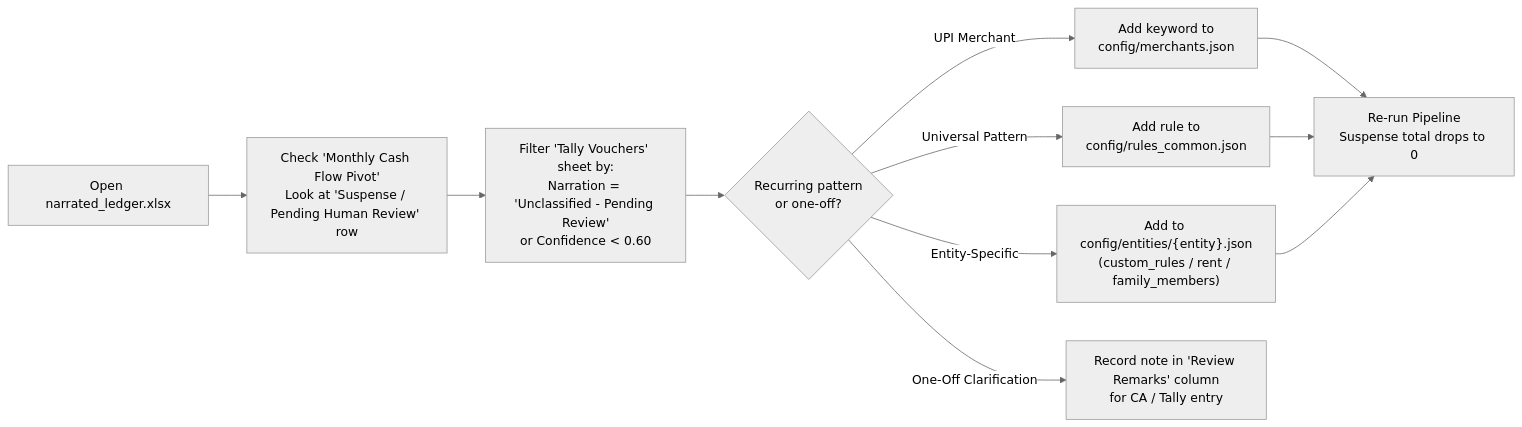
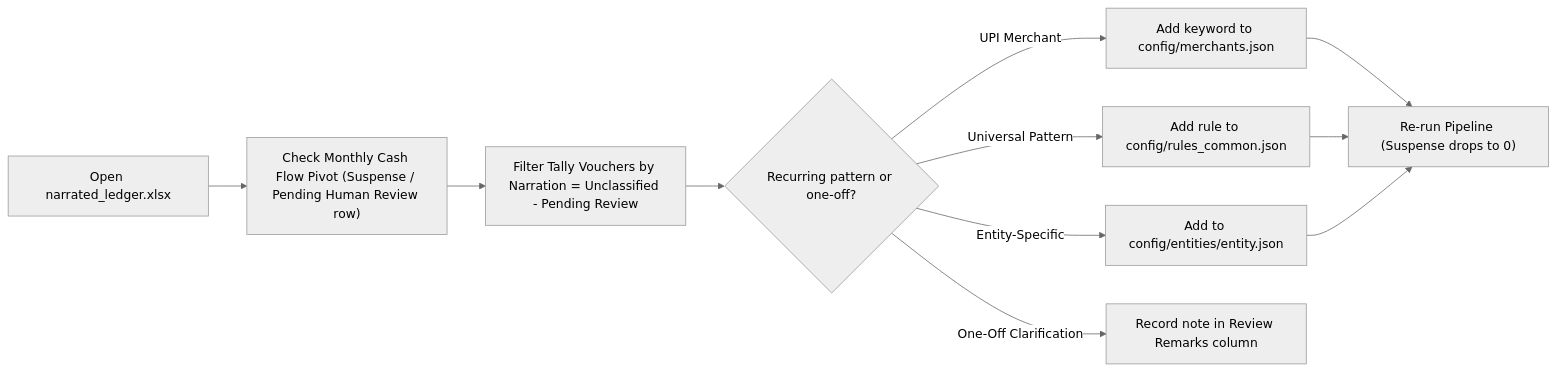
The second of 2 diagrams in README.md (Aayush4396/tax-automation), drawn with Mermaid (neutral theme) before and after one commit. The commit also changed other lines of this file and 1 other file, not shown here.

Commit message:
docs: fix mermaid subgraph title wrapping and margin in README and technical docs

````diff
--- a/README.md
+++ b/README.md
@@ -151,11 +165,13 @@
 ```mermaid
 flowchart LR
-    A["Open narrated_ledger.xlsx"] --> B["Check 'Monthly Cash Flow Pivot'\nLook at 'Suspense / Pending Human Review' row"]
-    B --> C["Filter 'Tally Vouchers' sheet by:\nNarration = 'Unclassified - Pending Review'\nor Confidence < 0.60"]
-    C --> D{"Recurring pattern\nor one-off?"}
-    D -- "UPI Merchant" --> E["Add keyword to\nconfig/merchants.json"]
-    D -- "Universal Pattern" --> F["Add rule to\nconfig/rules_common.json"]
-    D -- "Entity-Specific" --> G["Add to config/entities/{entity}.json\n(custom_rules / rent / family_members)"]
-    D -- "One-Off Clarification" --> H["Record note in 'Review Remarks' column\nfor CA / Tally entry"]
-    E & F & G --> I["Re-run Pipeline\nSuspense total drops to 0"]
+    A["Open narrated_ledger.xlsx"] --> B["Check Monthly Cash Flow Pivot (Suspense / Pending Human Review row)"]
+    B --> C["Filter Tally Vouchers by Narration = Unclassified - Pending Review"]
+    C --> D{"Recurring pattern or one-off?"}
+    D -- "UPI Merchant" --> E["Add keyword to config/merchants.json"]
+    D -- "Universal Pattern" --> F["Add rule to config/rules_common.json"]
+    D -- "Entity-Specific" --> G["Add to config/entities/entity.json"]
+    D -- "One-Off Clarification" --> H["Record note in Review Remarks column"]
+    E --> I["Re-run Pipeline (Suspense drops to 0)"]
+    F --> I
+    G --> I
 ```
````
